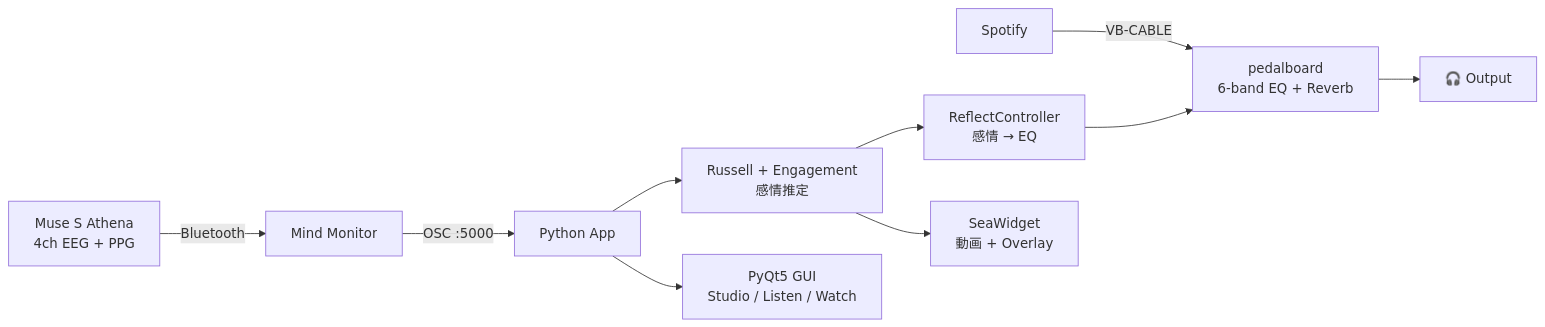
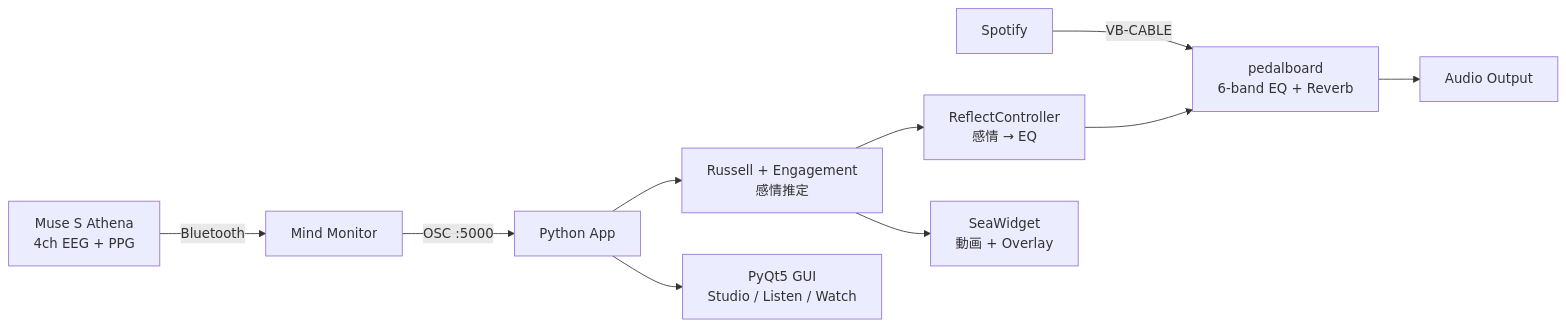
The diagram in README.md (HIMEJI-HIRO/muse-emotion-eq), drawn with Mermaid before and after one commit. The commit also changed other lines of this file, not shown here.

````diff
--- a/README.md
+++ b/README.md
@@ -274,12 +273,12 @@
 ```mermaid
 graph LR
     A[Muse S Athena<br/>4ch EEG + PPG] -->|Bluetooth| B[Mind Monitor]
     B -->|OSC :5000| C[Python App]
     C --> D[Russell + Engagement<br/>感情推定]
     D --> E[ReflectController<br/>感情 → EQ]
     F[Spotify] -->|VB-CABLE| G[pedalboard<br/>6-band EQ + Reverb]
     E --> G
-    G --> H[🎧 Output]
+    G --> H[Audio Output]
     D --> I[SeaWidget<br/>動画 + Overlay]
     C --> J[PyQt5 GUI<br/>Studio / Listen / Watch]
 ```
````
